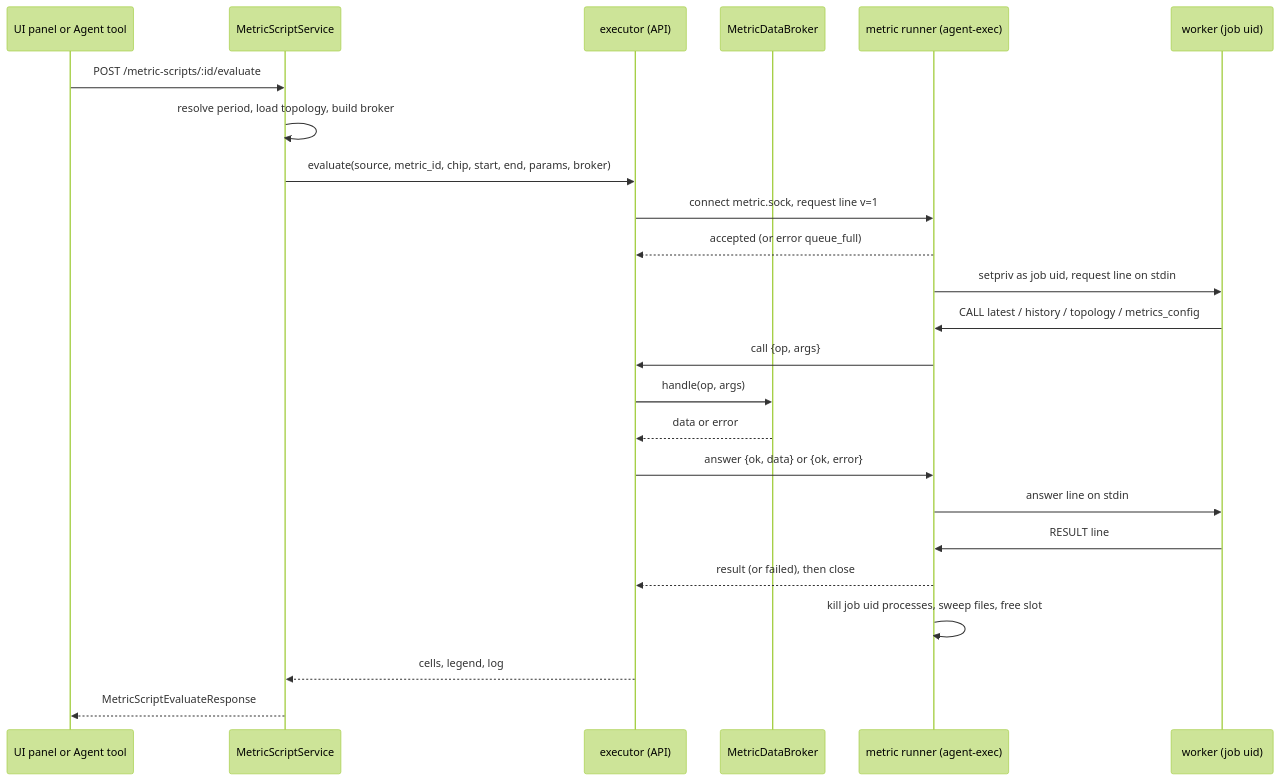
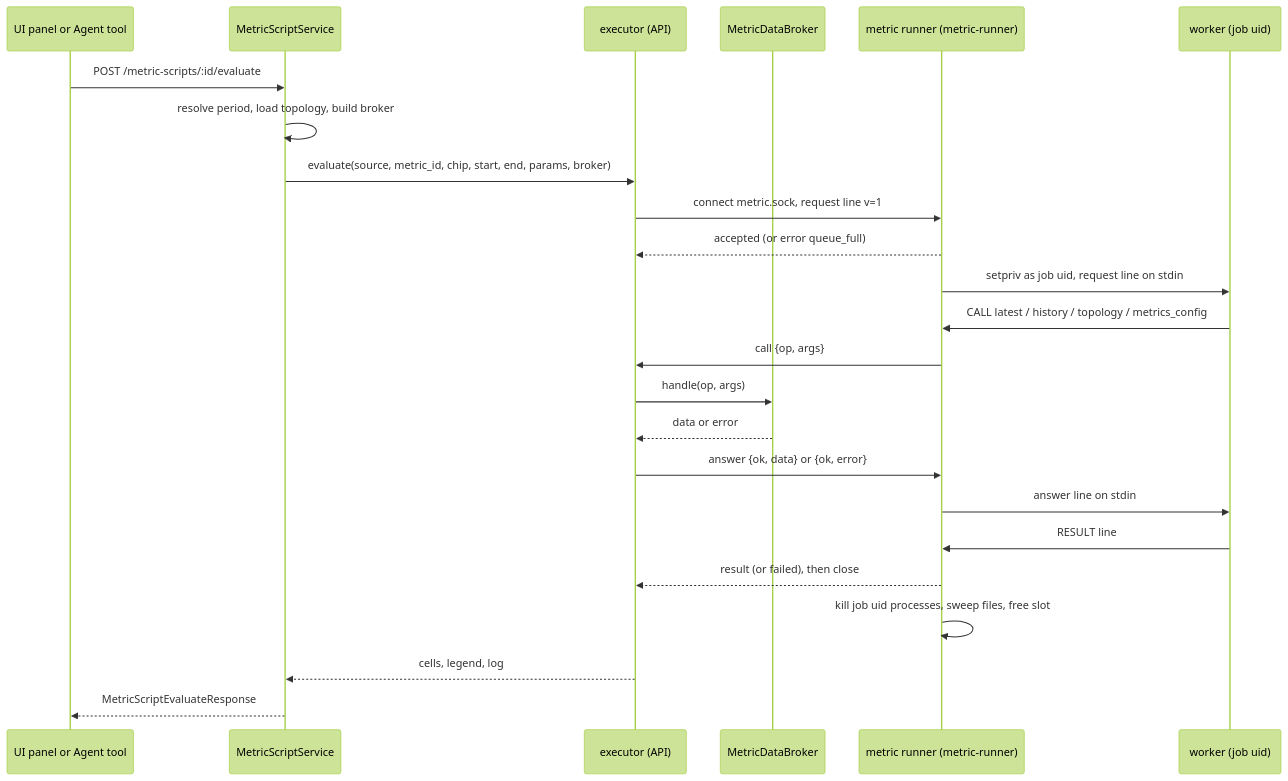
The diagram in docs/developer-guide/architecture/metric-scripts.md (oqtopus-team/qdash), drawn with Mermaid (forest theme) before and after one commit. The commit also changed other lines of this file and 26 other files, not shown here.

First line of the commit message:
feat(infra,api): run metric scripts in a dedicated metric-runner container

````diff
--- a/docs/developer-guide/architecture/metric-scripts.md
+++ b/docs/developer-guide/architecture/metric-scripts.md
@@ -39,26 +41,26 @@
 ```mermaid
 sequenceDiagram
   participant UI as UI panel or Agent tool
   participant S as MetricScriptService
   participant E as executor (API)
   participant B as MetricDataBroker
-  participant R as metric runner (agent-exec)
+  participant R as metric runner (metric-runner)
   participant W as worker (job uid)
   UI->>S: POST /metric-scripts/:id/evaluate
   S->>S: resolve period, load topology, build broker
   S->>E: evaluate(source, metric_id, chip, start, end, params, broker)
   E->>R: connect metric.sock, request line v=1
   R-->>E: accepted (or error queue_full)
   R->>W: setpriv as job uid, request line on stdin
   W->>R: CALL latest / history / topology / metrics_config
   R->>E: call {op, args}
   E->>B: handle(op, args)
   B-->>E: data or error
   E->>R: answer {ok, data} or {ok, error}
   R->>W: answer line on stdin
   W->>R: RESULT line
   R-->>E: result (or failed), then close
   R->>R: kill job uid processes, sweep files, free slot
   E-->>S: cells, legend, log
   S-->>UI: MetricScriptEvaluateResponse
 ```
````
